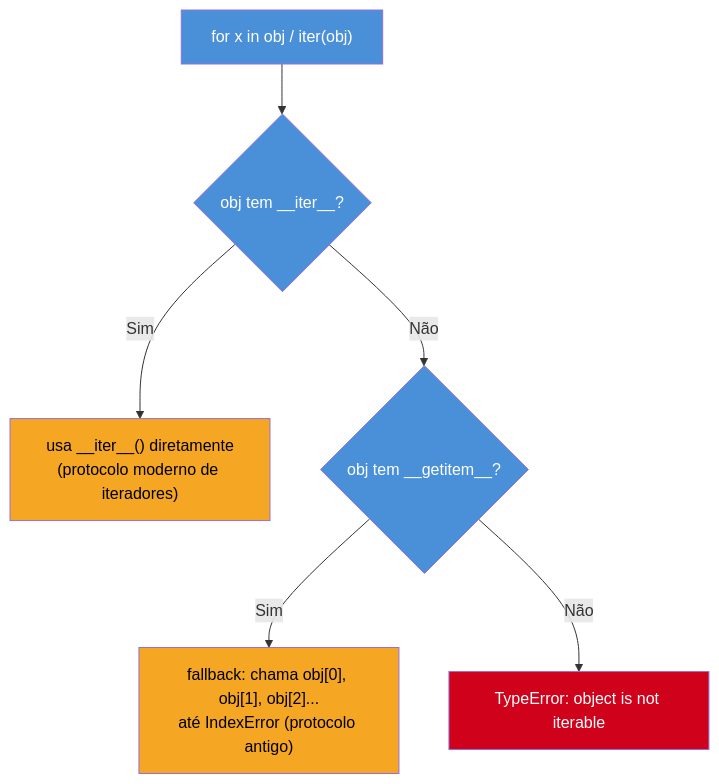
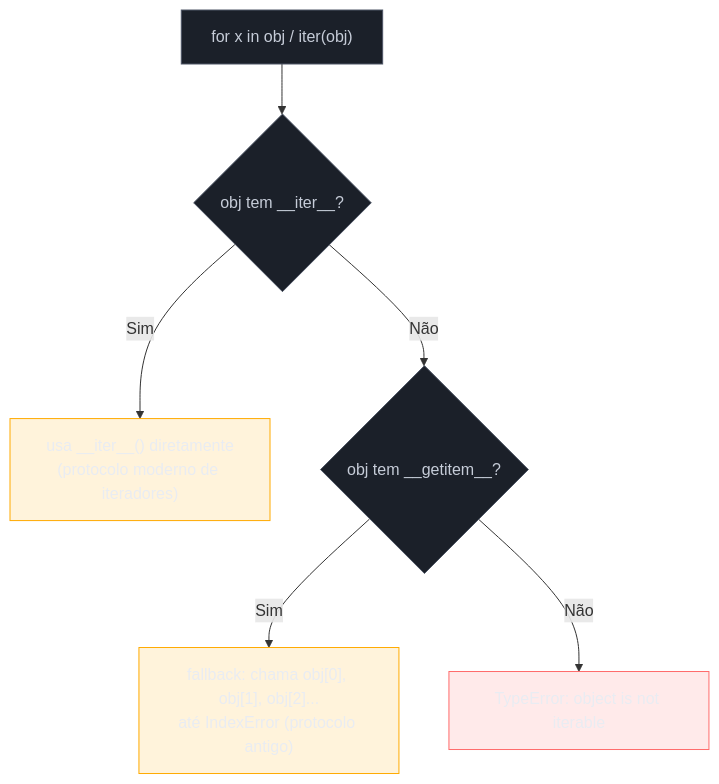
The third of 3 diagrams in 03-Dominios/Tecnologia/Python/OO e Data Model/03 - O Data Model — dunder methods essenciais.md (josenaldo/codex-technomanticus), drawn with Mermaid before and after one commit. The commit also changed other lines of this file and 1181 other files, not shown here.

First line of the commit message:
fix(diagramas): paleta do sistema no lugar de cor cravada no markdown

````diff
--- a/03-Dominios/Tecnologia/Python/OO e Data Model/03 - O Data Model — dunder methods essenciais.md
+++ b/03-Dominios/Tecnologia/Python/OO e Data Model/03 - O Data Model — dunder methods essenciais.md
@@ -315,15 +320,18 @@
 ```mermaid
 flowchart TB
+    classDef neutro fill:#1B2029,stroke:#4E5666,color:#C6CCD8
+    classDef destaque fill:#FFAA0024,stroke:#FFAA00,color:#E9ECF2
+    classDef falha fill:#FF6B6B24,stroke:#FF6B6B,color:#E9ECF2
     A["for x in obj / iter(obj)"] --> B{"obj tem __iter__?"}
     B -- "Sim" --> C["usa __iter__() diretamente\n(protocolo moderno de iteradores)"]
     B -- "Não" --> D{"obj tem __getitem__?"}
     D -- "Sim" --> E["fallback: chama obj[0], obj[1], obj[2]...\naté IndexError (protocolo antigo)"]
     D -- "Não" --> F["TypeError: object is not iterable"]
 
-    style A fill:#4A90D9,color:#fff
-    style B fill:#4A90D9,color:#fff
-    style C fill:#F5A623,color:#000
-    style D fill:#4A90D9,color:#fff
-    style E fill:#F5A623,color:#000
-    style F fill:#D0021B,color:#fff
+    class A neutro
+    class B neutro
+    class C destaque
+    class D neutro
+    class E destaque
+    class F falha
 ```
````
